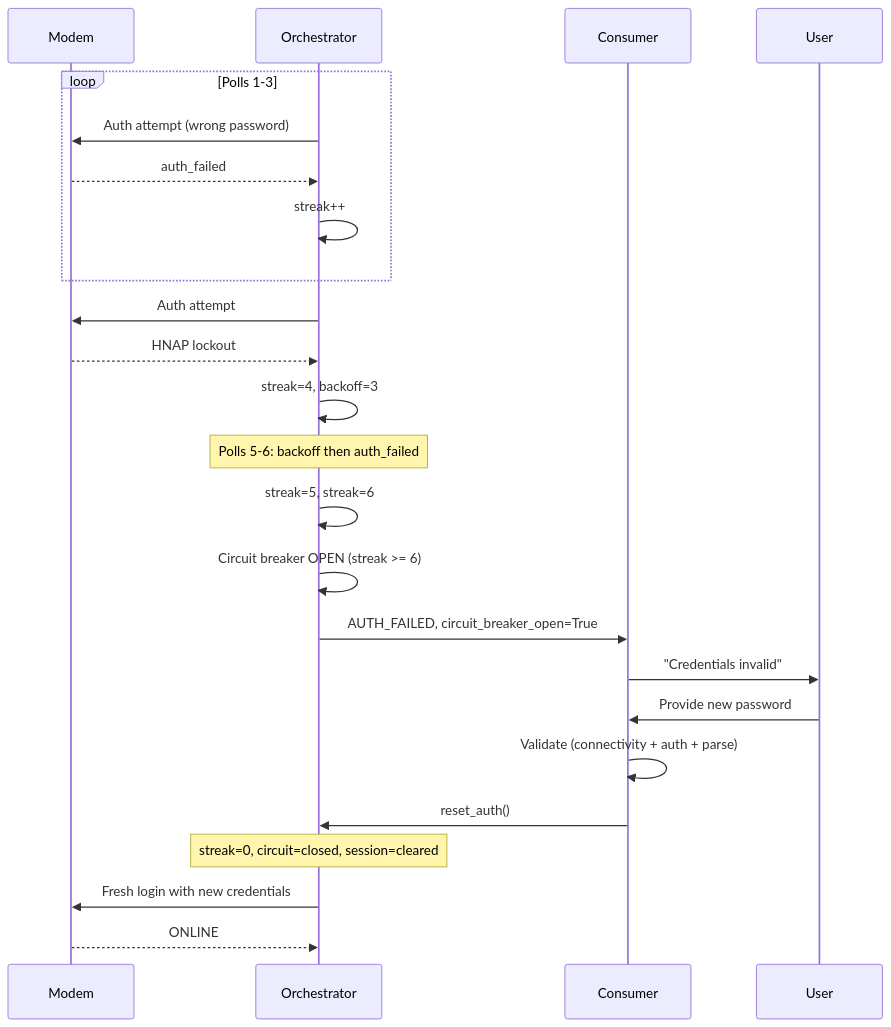
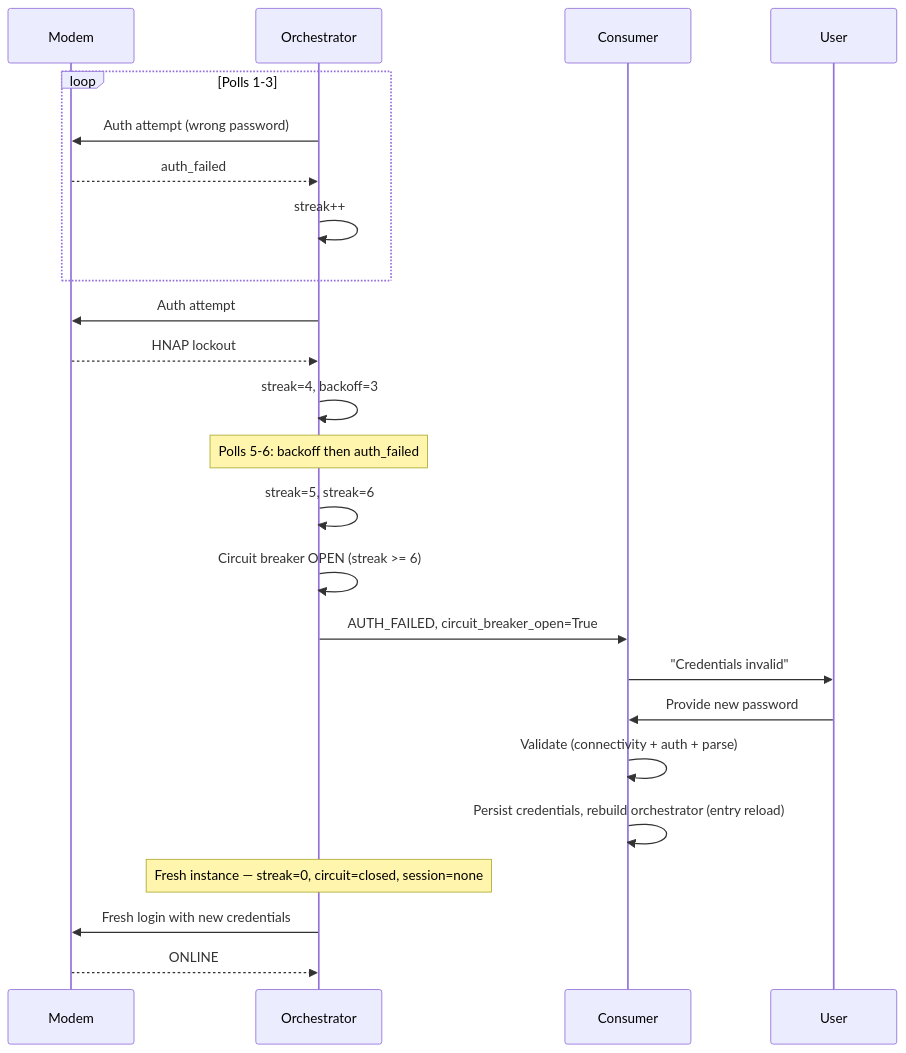
Before and after one commit to solentlabs/cable_modem_monitor: the seventh of 8 diagrams in packages/cable_modem_monitor_core/docs/ORCHESTRATION_USE_CASES.md, drawn with Mermaid. The commit also changed other lines of this file and 19 other files, not shown here.

````diff
--- a/packages/cable_modem_monitor_core/docs/ORCHESTRATION_USE_CASES.md
+++ b/packages/cable_modem_monitor_core/docs/ORCHESTRATION_USE_CASES.md
@@ -1600,30 +1603,30 @@
 ```mermaid
 sequenceDiagram
     participant M as Modem
     participant O as Orchestrator
     participant C as Consumer
     participant U as User
 
     loop Polls 1-3
         O->>M: Auth attempt (wrong password)
         M-->>O: auth_failed
         O->>O: streak++
     end
 
     O->>M: Auth attempt
     M-->>O: HNAP lockout
     O->>O: streak=4, backoff=3
 
     Note over O: Polls 5-6: backoff then auth_failed
     O->>O: streak=5, streak=6
 
     O->>O: Circuit breaker OPEN (streak >= 6)
     O->>C: AUTH_FAILED, circuit_breaker_open=True
     C->>U: "Credentials invalid"
     U->>C: Provide new password
     C->>C: Validate (connectivity + auth + parse)
-    C->>O: reset_auth()
-    Note over O: streak=0, circuit=closed, session=cleared
+    C->>C: Persist credentials, rebuild orchestrator (entry reload)
+    Note over O: Fresh instance — streak=0, circuit=closed, session=none
     O->>M: Fresh login with new credentials
     M-->>O: ONLINE
 ```
````
